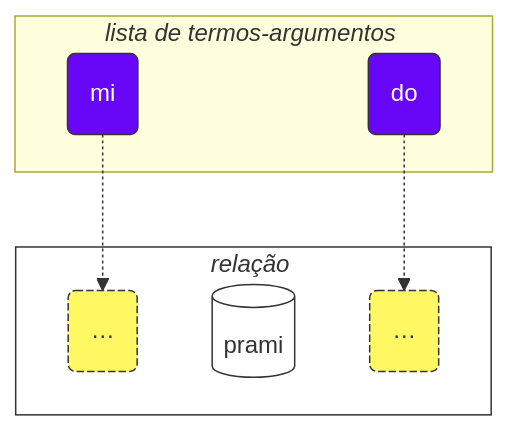
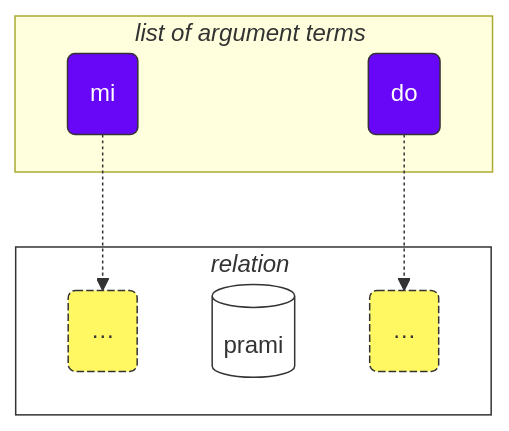
The second of 2 diagrams in data/pages/pt/books/learn-lojban/!1.md (La-Lojban/lojban.pw), drawn with Mermaid before and after one commit. The commit also changed other lines of this file and 26 other files, not shown here.

````diff
--- a/data/pages/pt/books/learn-lojban/!1.md
+++ b/data/pages/pt/books/learn-lojban/!1.md
@@ -232,29 +232,29 @@
 ```mermaid
 flowchart TB
     %%common settings
-    subgraph bridi["<i>relação</i>#nbsp;"]
+    subgraph bridi["<i>relation</i>#nbsp;"]
         x1("…")
         selbri
         x2("…")
     end
-    subgraph sumti["<i>lista de termos-argumentos</i>#nbsp;"]
+    subgraph sumti["<i>list of argument terms</i>#nbsp;"]
         s1-.->x1
         s2-.->x2
     end
     classDef s fill:#6807F7,stroke:#333,stroke-width:1px,color:#fff;
     class s1 s;
     class s2 s;
     classDef x fill:#FFF863,stroke:#333,stroke-width:1px,stroke-dasharray: 5 2;
     class x1 x;
     class x2 x;
     classDef blabi fill:#fff,stroke:#333;
     class selbri blabi;
     class bridi blabi;
 
     %% input your sumti:
     s1(mi)
     s2(do)
     %% input your selbri
     selbri[(prami)]
 
 ```
````
